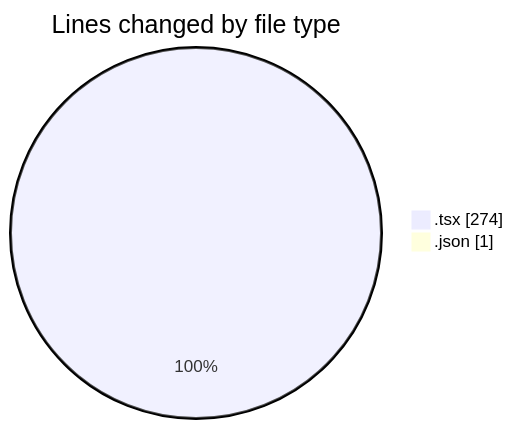
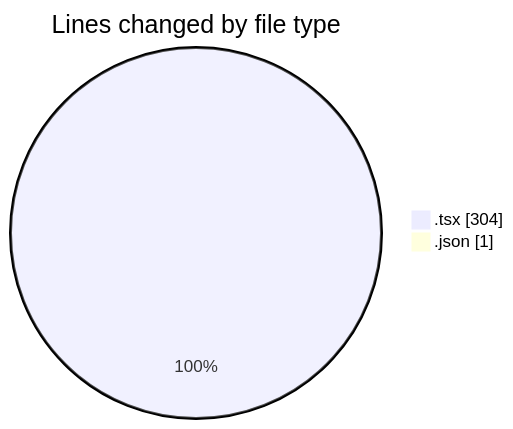
Before and after one commit to julien-gomy/code-tracking: the first of 2 diagrams in 2025-11-28/eventscop-frontend-guide__workspace_/README.md, drawn with Mermaid. The commit also changed other lines of this file and 1 other file, not shown here.

````diff
--- a/2025-11-28/eventscop-frontend-guide__workspace_/README.md
+++ b/2025-11-28/eventscop-frontend-guide__workspace_/README.md
@@ -22,6 +22,6 @@
 ```mermaid
 pie showData
 title Lines changed by file type
-".tsx" : 274
+".tsx" : 304
 ".json" : 1
 ```
````
